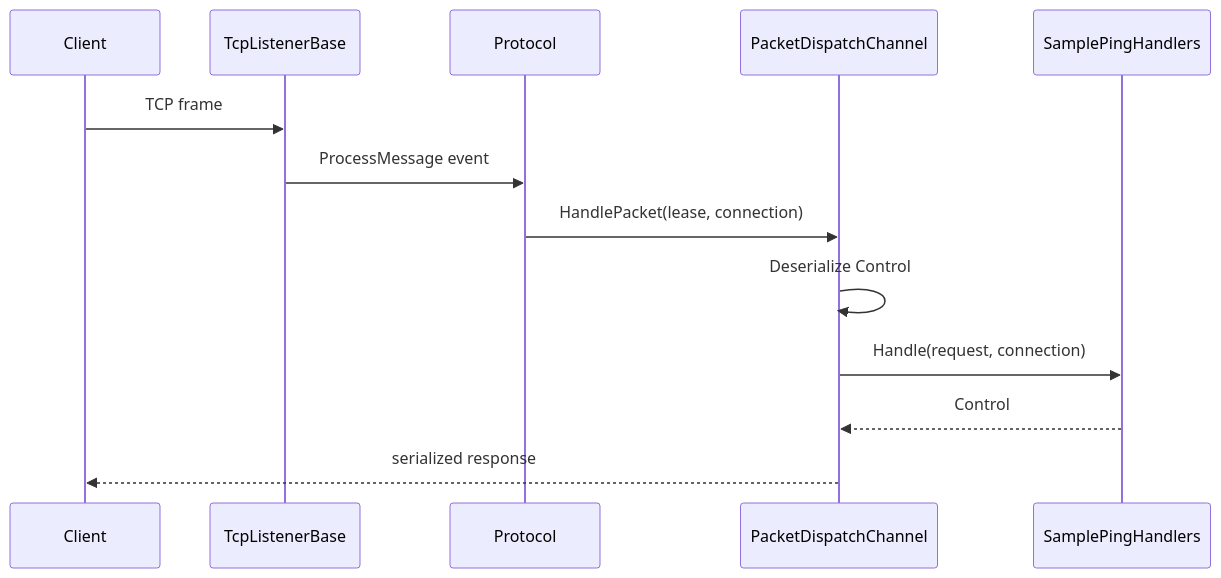
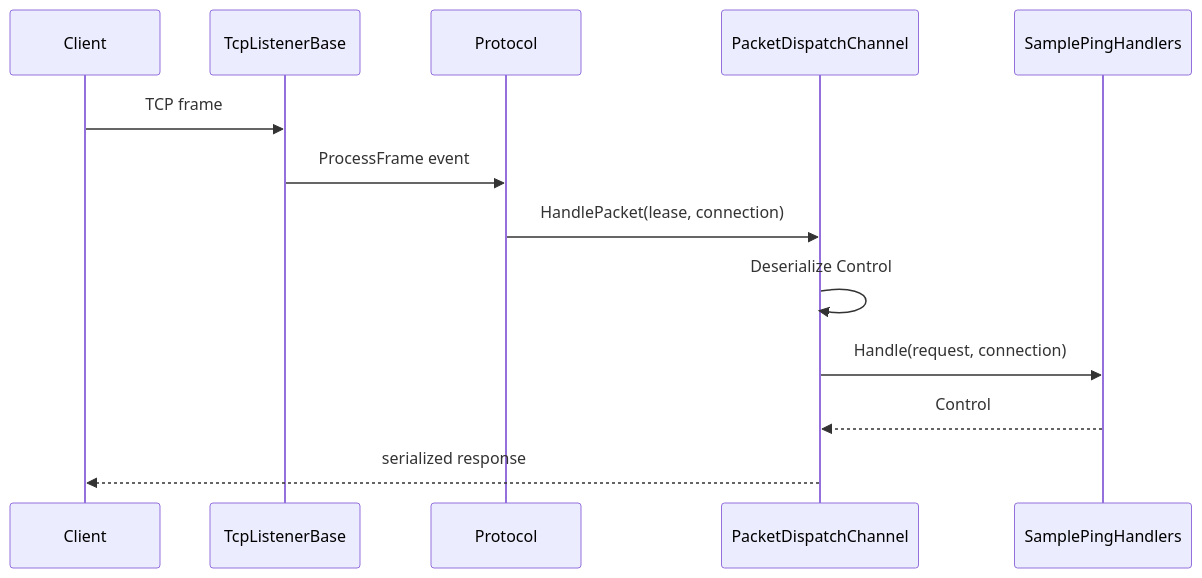
One commit to ppn-systems/Nalix changed the diagram in docs/guides/tcp-request-response.md. Above: the diagram before and after it, drawn with Mermaid. The commit also changed other lines of this file and 157 other files, not shown here.

````diff
--- a/docs/guides/tcp-request-response.md
+++ b/docs/guides/tcp-request-response.md
@@ -99,16 +99,16 @@
 ```mermaid
 sequenceDiagram
     participant Client
     participant Listener as TcpListenerBase
     participant Protocol as Protocol
     participant Dispatch as PacketDispatchChannel
     participant Handler as SamplePingHandlers
 
     Client->>Listener: TCP frame
-    Listener->>Protocol: ProcessMessage event
+    Listener->>Protocol: ProcessFrame event
     Protocol->>Dispatch: HandlePacket(lease, connection)
     Dispatch->>Dispatch: Deserialize Control
     Dispatch->>Handler: Handle(request, connection)
     Handler-->>Dispatch: Control
     Dispatch-->>Client: serialized response
 ```
````
